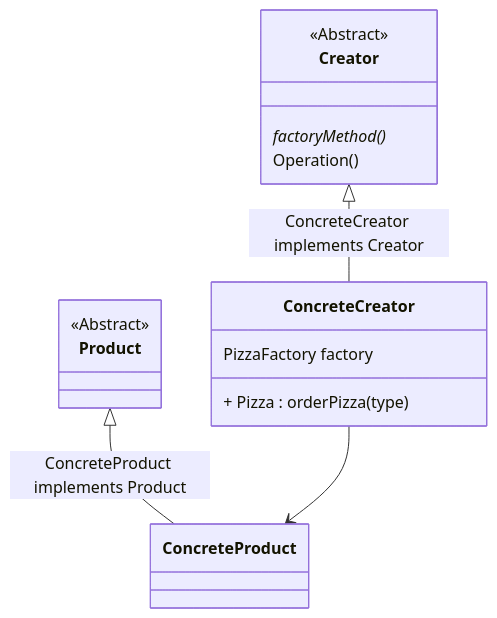
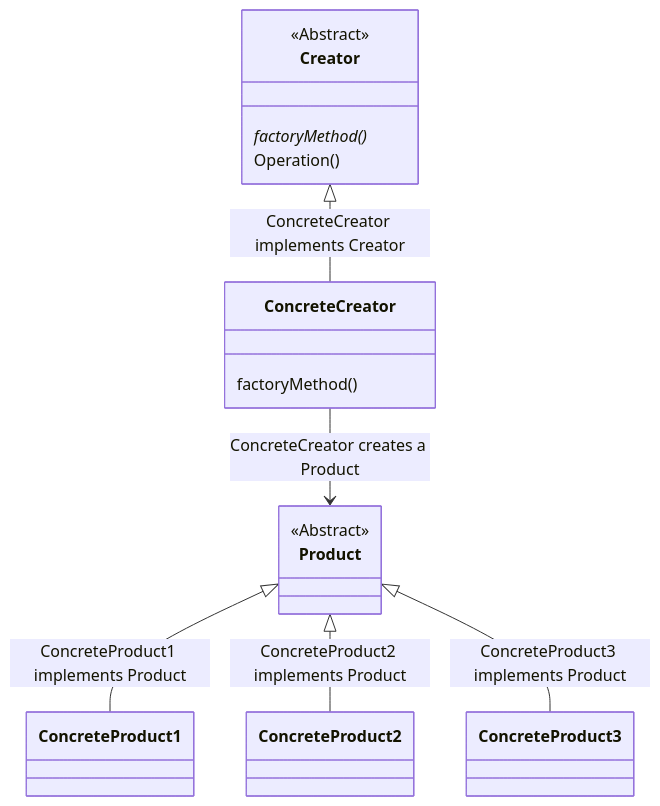
One commit to heisnam-sunrose/Javascript changed the second of 3 diagrams in DesignPattern/CreationalDesignPattern/FactoryPattern.md. Above: the diagram before and after it, drawn with Mermaid. The commit also changed other lines of this file, not shown here.

Commit message:
Factory Pattern

````diff
--- a/DesignPattern/CreationalDesignPattern/FactoryPattern.md
+++ b/DesignPattern/CreationalDesignPattern/FactoryPattern.md
@@ -15,24 +36,21 @@
 ```mermaid 
 classDiagram
-    Product <|-- ConcreteProduct : ConcreteProduct implements Product
-    Creator <|-- ConcreteCreator : ConcreteCreator implements Creator
-    ConcreteCreator --> ConcreteProduct
+  Product <|-- ConcreteProduct1 : ConcreteProduct1 implements Product
+  Product <|-- ConcreteProduct2 : ConcreteProduct2 implements Product
+  Product <|-- ConcreteProduct3 : ConcreteProduct3 implements Product
+  Creator <|-- ConcreteCreator : ConcreteCreator implements Creator
+  ConcreteCreator --> Product : ConcreteCreator creates a Product
+  
+  class Creator
+    <<Abstract>> Creator
+    Creator : factoryMethod()*
+    Creator : Operation()
     
-    class Creator
-     <<Abstract>> Creator
-     Creator : factoryMethod()*
-     Creator : Operation()
-     
-   class ConcreteCreator {
-      PizzaFactory factory
-    + Pizza : orderPizza( type )
-   } 
+  class ConcreteCreator {
+    factoryMethod()
+  } 
 
-   class Product
-      <<Abstract>> Product
+  class Product
+    <<Abstract>> Product
   
-
-   class ConcreteProduct {   
-   } 
-
   ```
````
